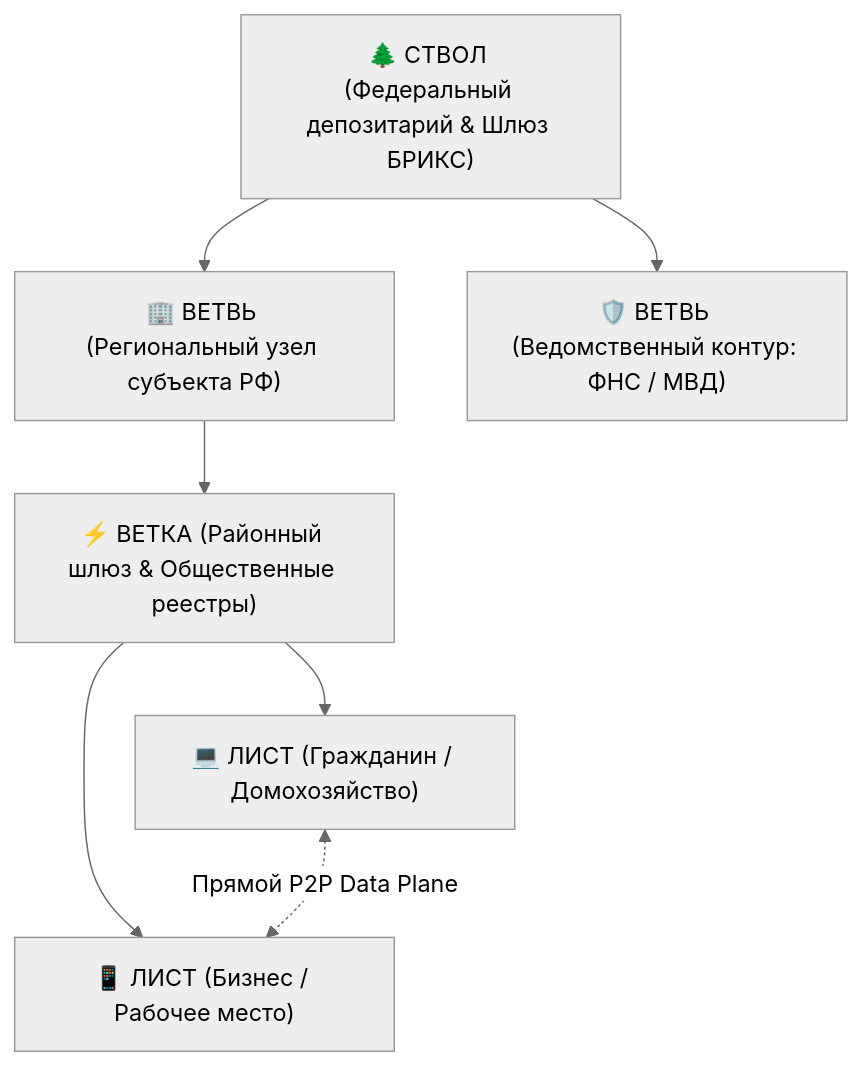
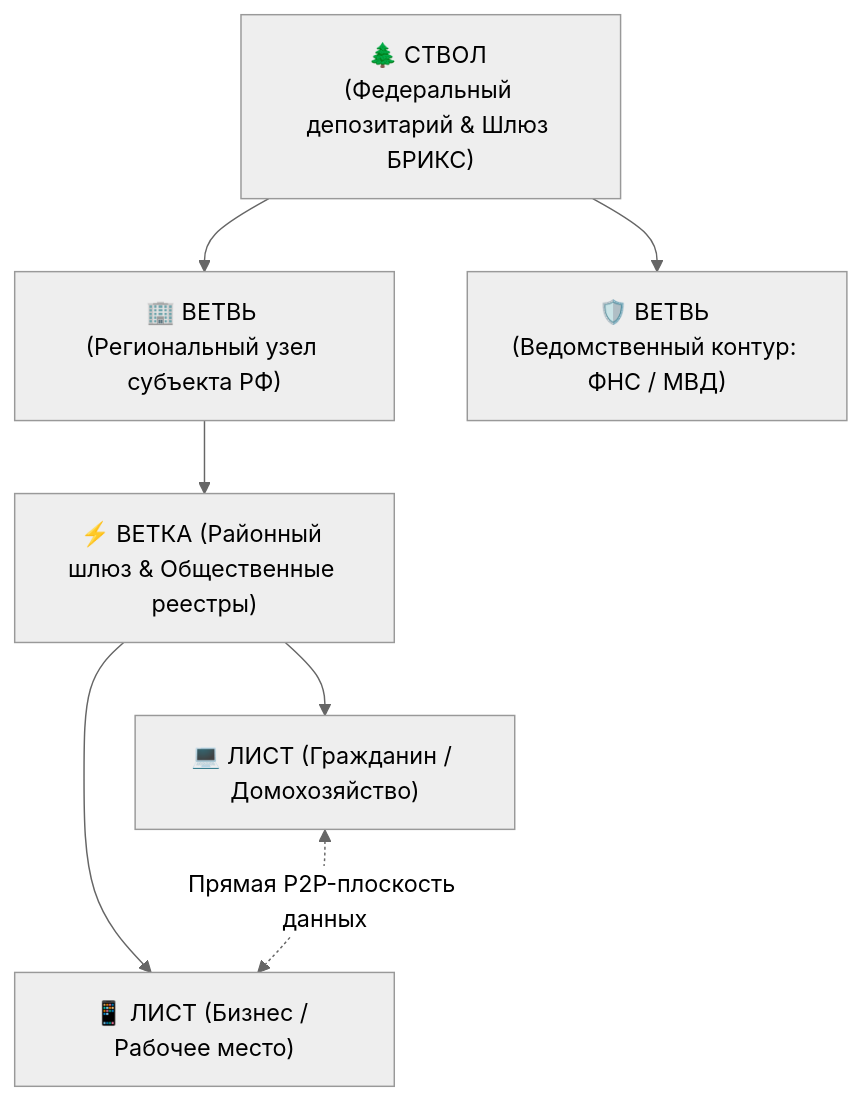
One commit to Data-Independence-Network/presentations changed the first of 12 diagrams in architecture_presentations/01_topology_and_sovereignty/docs/presentation_deck.md. Above: the diagram before and after it, drawn with Mermaid (neutral theme). The commit also changed other lines of this file and 88 other files, not shown here.

```diff
--- a/architecture_presentations/01_topology_and_sovereignty/docs/presentation_deck.md
+++ b/architecture_presentations/01_topology_and_sovereignty/docs/presentation_deck.md
@@ -25,16 +25,16 @@
         <div class="mermaid">
 graph TD
     Trunk["🌲 СТВОЛ (Федеральный депозитарий & Шлюз БРИКС)"]
     BranchReg["🏢 ВЕТВЬ (Региональный узел субъекта РФ)"]
     BranchGov["🛡️ ВЕТВЬ (Ведомственный контур: ФНС / МВД)"]
     SubBranch["⚡ ВЕТКА (Районный шлюз & Общественные реестры)"]
     Leaf1["💻 ЛИСТ (Гражданин / Домохозяйство)"]
     Leaf2["📱 ЛИСТ (Бизнес / Рабочее место)"]
 
     Trunk --> BranchReg
     Trunk --> BranchGov
     BranchReg --> SubBranch
     SubBranch --> Leaf1
     SubBranch --> Leaf2
-    Leaf1 <.->|Прямой P2P Data Plane| Leaf2
+    Leaf1 <.->|Прямая P2P-плоскость данных| Leaf2
         </div>
```
